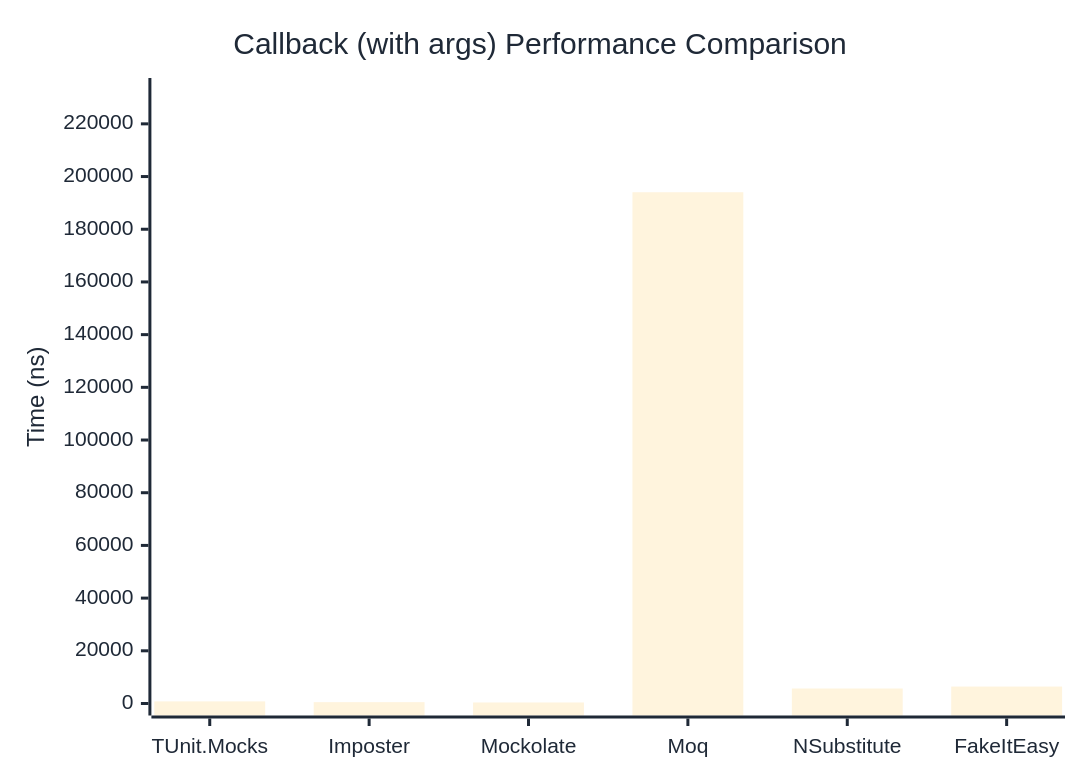
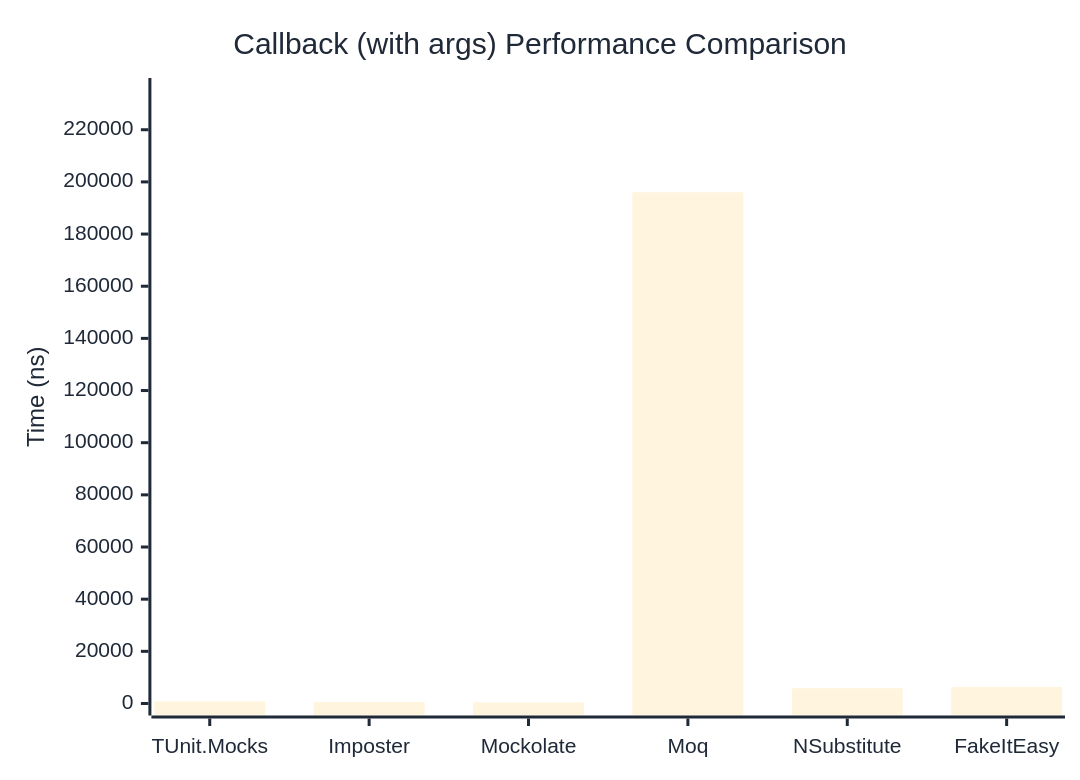
The second of 2 diagrams in docs/docs/benchmarks/mocks/Callback.md (thomhurst/TUnit), drawn with Mermaid before and after one commit. The commit also changed other lines of this file and 14 other files, not shown here.

````diff
--- a/docs/docs/benchmarks/mocks/Callback.md
+++ b/docs/docs/benchmarks/mocks/Callback.md
@@ -71,27 +71,27 @@
 ```mermaid
 %%{init: {
   'theme':'base',
   'themeVariables': {
     'primaryColor': '#2563eb',
     'primaryTextColor': '#1f2937',
     'primaryBorderColor': '#1e40af',
     'lineColor': '#6b7280',
     'secondaryColor': '#7c3aed',
     'tertiaryColor': '#dc2626',
     'background': '#ffffff',
     'pie1': '#2563eb',
     'pie2': '#7c3aed',
     'pie3': '#dc2626',
     'pie4': '#f59e0b',
     'pie5': '#10b981',
     'pie6': '#06b6d4',
     'pie7': '#ec4899',
     'pie8': '#6366f1'
   }
 }}%%
 xychart-beta
   title "Callback (with args) Performance Comparison"
   x-axis ["TUnit.Mocks", "Imposter", "Mockolate", "Moq", "NSubstitute", "FakeItEasy"]
-  y-axis "Time (ns)" 0 --> 232849
-  bar [804.3, 508.3, 390, 194040.4, 5691.4, 6425.4]
+  y-axis "Time (ns)" 0 --> 235237
+  bar [846.6, 569.1, 439.3, 196030.5, 5870.3, 6363]
 ```
````
